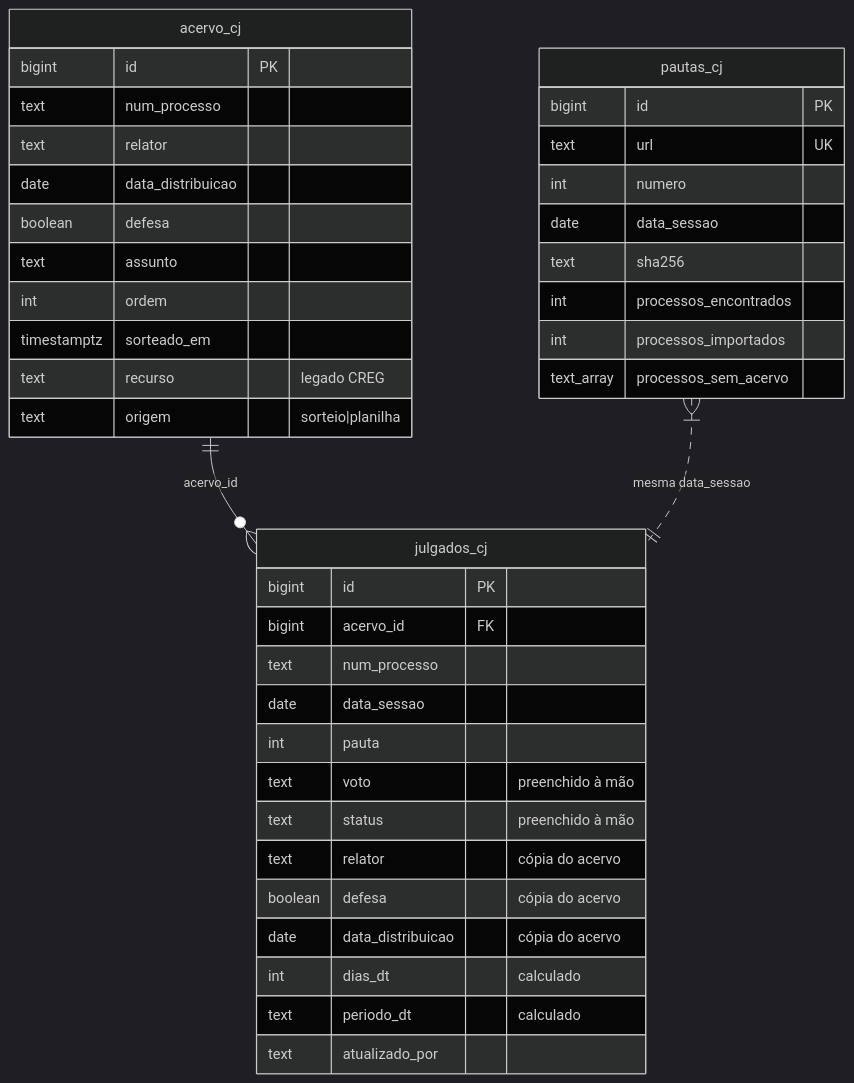
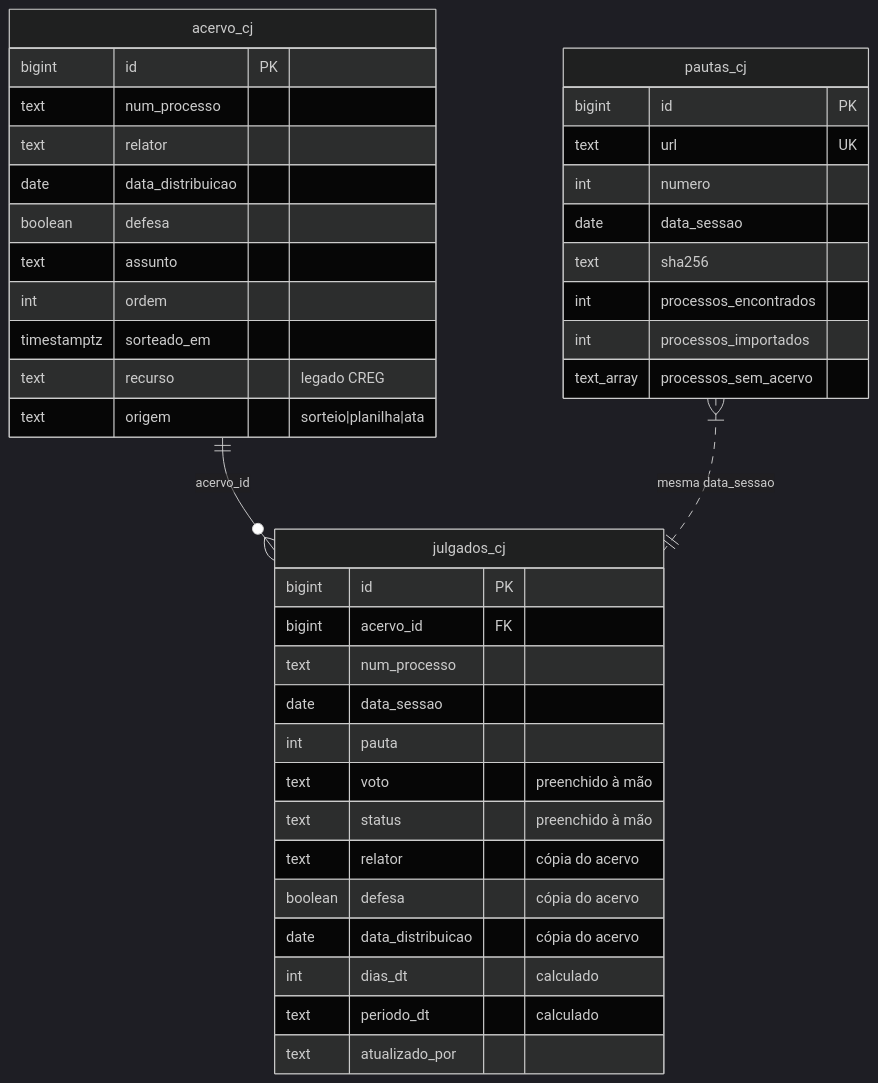
Before and after one commit to thelustosa/sorteio-sei: the fifth of 5 diagrams in FLUXO-CJ.md, drawn with Mermaid (dark theme). The commit also changed other lines of this file and 3 other files, not shown here.

First line of the commit message:
fix(db): acervo da Câmara aceita origem 'ata' e o histórico deixa de listar atas

````diff
--- a/FLUXO-CJ.md
+++ b/FLUXO-CJ.md
@@ -689,43 +698,43 @@
 ```mermaid
 erDiagram
     acervo_cj ||--o{ julgados_cj : "acervo_id"
     pautas_cj }|..|| julgados_cj : "mesma data_sessao"
 
     acervo_cj {
         bigint id PK
         text num_processo
         text relator
         date data_distribuicao
         boolean defesa
         text assunto
         int ordem
         timestamptz sorteado_em
         text recurso "legado CREG"
-        text origem "sorteio|planilha"
+        text origem "sorteio|planilha|ata"
     }
     julgados_cj {
         bigint id PK
         bigint acervo_id FK
         text num_processo
         date data_sessao
         int pauta
         text voto "preenchido à mão"
         text status "preenchido à mão"
         text relator "cópia do acervo"
         boolean defesa "cópia do acervo"
         date data_distribuicao "cópia do acervo"
         int dias_dt "calculado"
         text periodo_dt "calculado"
         text atualizado_por
     }
     pautas_cj {
         bigint id PK
         text url UK
         int numero
         date data_sessao
         text sha256
         int processos_encontrados
         int processos_importados
         text_array processos_sem_acervo
     }
 ```
````
